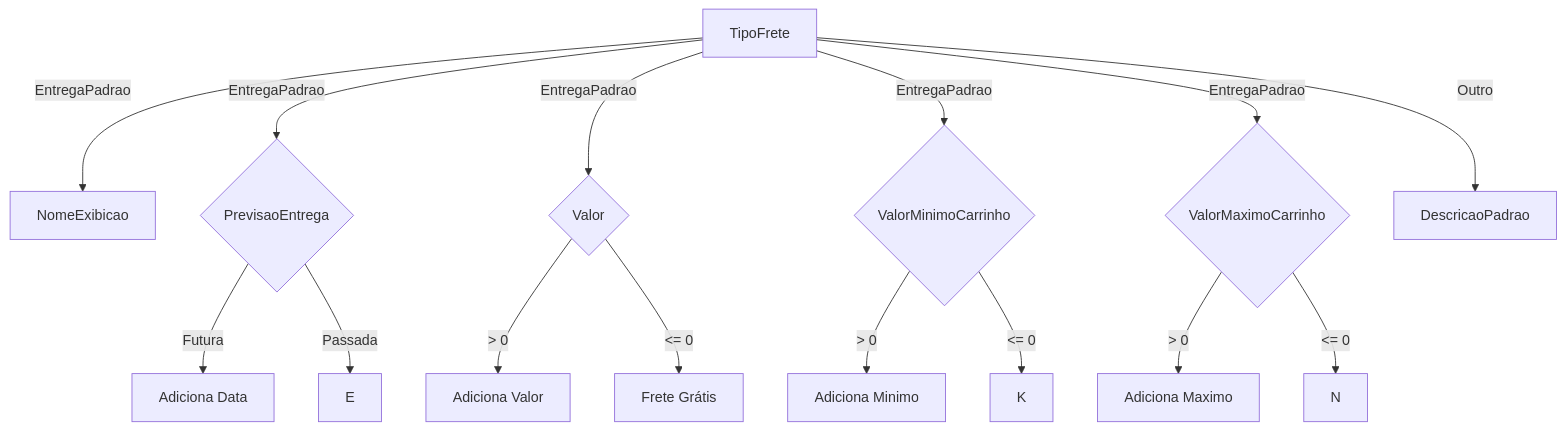
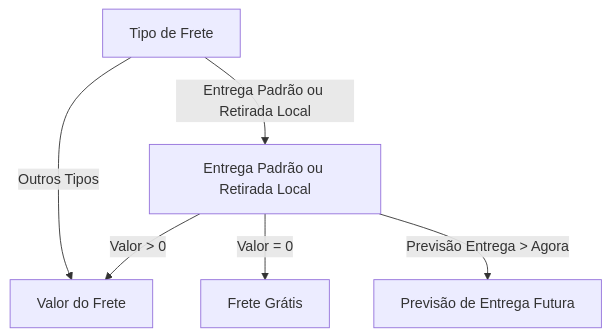
The first of 2 diagrams in docs/b2b-dominio/IsthmusWinthor.Nucleo/IsthmusWinthor.Dominio/POCO/Frete.md (IsthmusSistemas/documentacao-tecnica), drawn with Mermaid before and after one commit. The commit also changed other lines of this file and 882 other files, not shown here.

````diff
--- a/docs/b2b-dominio/IsthmusWinthor.Nucleo/IsthmusWinthor.Dominio/POCO/Frete.md
+++ b/docs/b2b-dominio/IsthmusWinthor.Nucleo/IsthmusWinthor.Dominio/POCO/Frete.md
@@ -26,18 +20,15 @@
 ```mermaid
 flowchart TD
-    A[TipoFrete]
-    A -->|EntregaPadrao| B[NomeExibicao]
-    A -->|EntregaPadrao| C{PrevisaoEntrega}
-    C -->|Futura| D[Adiciona Data]
-    C -->|Passada| E
-    A -->|EntregaPadrao| F{Valor}
-    F -->|> 0| G[Adiciona Valor]
-    F -->|<= 0| H[Frete Grátis]
-    A -->|EntregaPadrao| I{ValorMinimoCarrinho}
-    I -->|> 0| J[Adiciona Minimo]
-    I -->|<= 0| K
-    A -->|EntregaPadrao| L{ValorMaximoCarrinho}
-    L -->|> 0| M[Adiciona Maximo]
-    L -->|<= 0| N
-    A -->|Outro| O[DescricaoPadrao]
+    A[Tipo de Frete]
+    B[Entrega Padrão ou Retirada Local]
+    C[Frete Grátis]
+    D[Valor do Frete]
+    E[Previsão de Entrega Futura]
+
+    A -->|Entrega Padrão ou Retirada Local| B
+    A -->|Outros Tipos| D
+
+    B -->|Valor > 0| D
+    B -->|Valor = 0| C
+    B -->|Previsão Entrega > Agora| E
 ```
````
